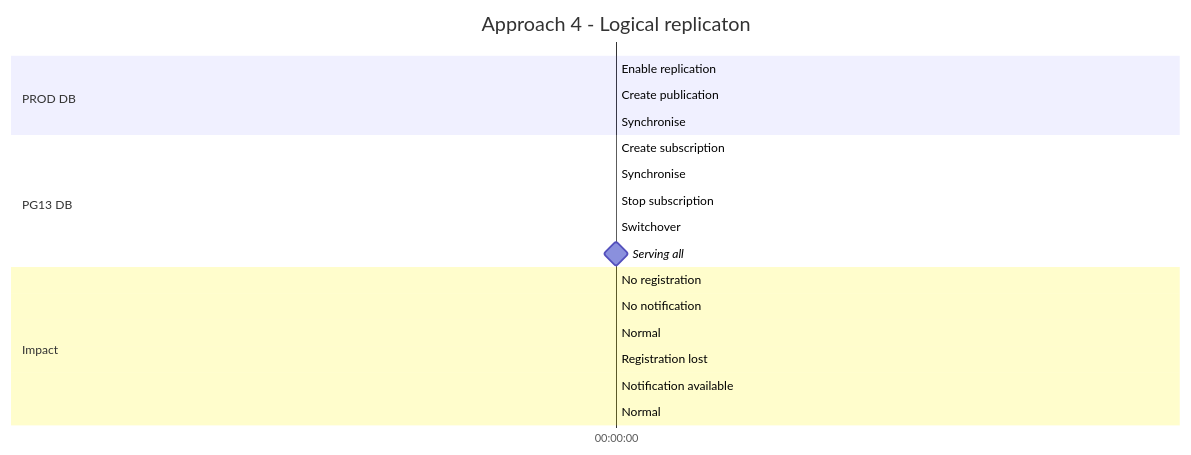
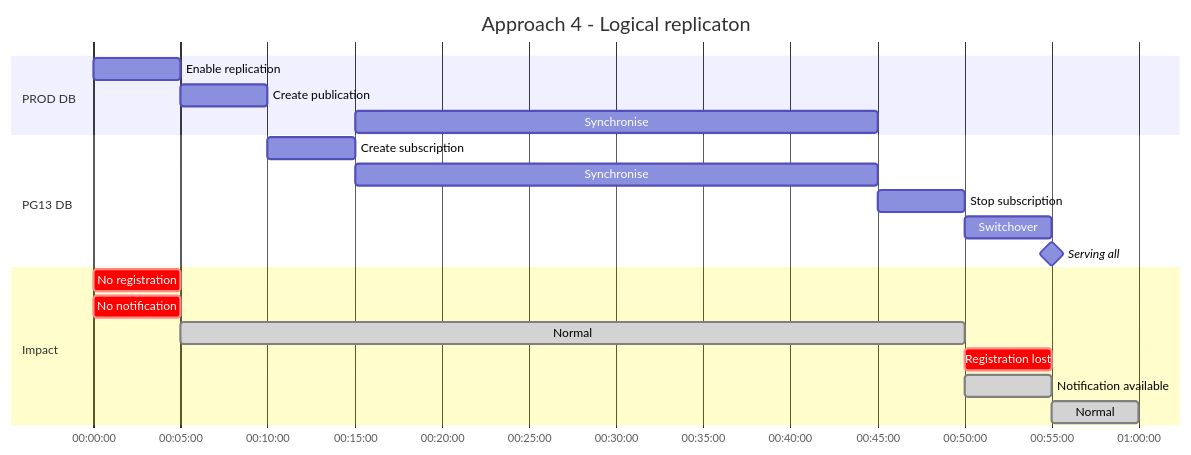
One commit to guardian/mobile-n10n changed the fourth of 5 diagrams in docs/architecture/03-postgresql-upgrade.md. Above: the diagram before and after it, drawn with Mermaid. The commit also changed other lines of this file, not shown here.

Commit message:
Fix the mermaid diagram of the doc

````diff
--- a/docs/architecture/03-postgresql-upgrade.md
+++ b/docs/architecture/03-postgresql-upgrade.md
@@ -180,23 +180,23 @@
 ```mermaid
 gantt
     title Approach 4 - Logical replicaton
     dateFormat  HH:mm:ss
     axisFormat  %H:%M:%S
     section PROD DB
-    Enable replication                :a1, 00:00:00, 5min
-    Create publication                :a2, after a1, 5min
-    Synchronise                       :a3, after b1, 30min
+    Enable replication                :a1, 00:00:00, 5m
+    Create publication                :a2, after a1, 5m
+    Synchronise                       :a3, after b1, 30m
     section PG13 DB
-    Create subscription               :b1, after a2, 5min
-    Synchronise                       :b2, after b1, 30min
-    Stop subscription                 :b3, after b2, 5min
-    Switchover                        :b4, after b3, 5min
-    Serving all                       :milestone, after b4, 0min
+    Create subscription               :b1, after a2, 5m
+    Synchronise                       :b2, after b1, 30m
+    Stop subscription                 :b3, after b2, 5m
+    Switchover                        :b4, after b3, 5m
+    Serving all                       :milestone, after b4, 0m
     section Impact 
-    No registration                   :crit, c1a, 00:00:00, 5min
-    No notification                   :crit, c1b, 00:00:00, 5min
-    Normal                            :done, c2, after c1a c1b, 45min
-    Registration lost                 :crit, c3a, after b3, 5min
-    Notification available            :done, c3b, after b3, 5min
-    Normal                            :done, c4, after c3a c3b, 5min    
+    No registration                   :crit, c1a, 00:00:00, 5m
+    No notification                   :crit, c1b, 00:00:00, 5m
+    Normal                            :done, c2, after c1a c1b, 45m
+    Registration lost                 :crit, c3a, after b3, 5m
+    Notification available            :done, c3b, after b3, 5m
+    Normal                            :done, c4, after c3a c3b, 5m
 ```
````
